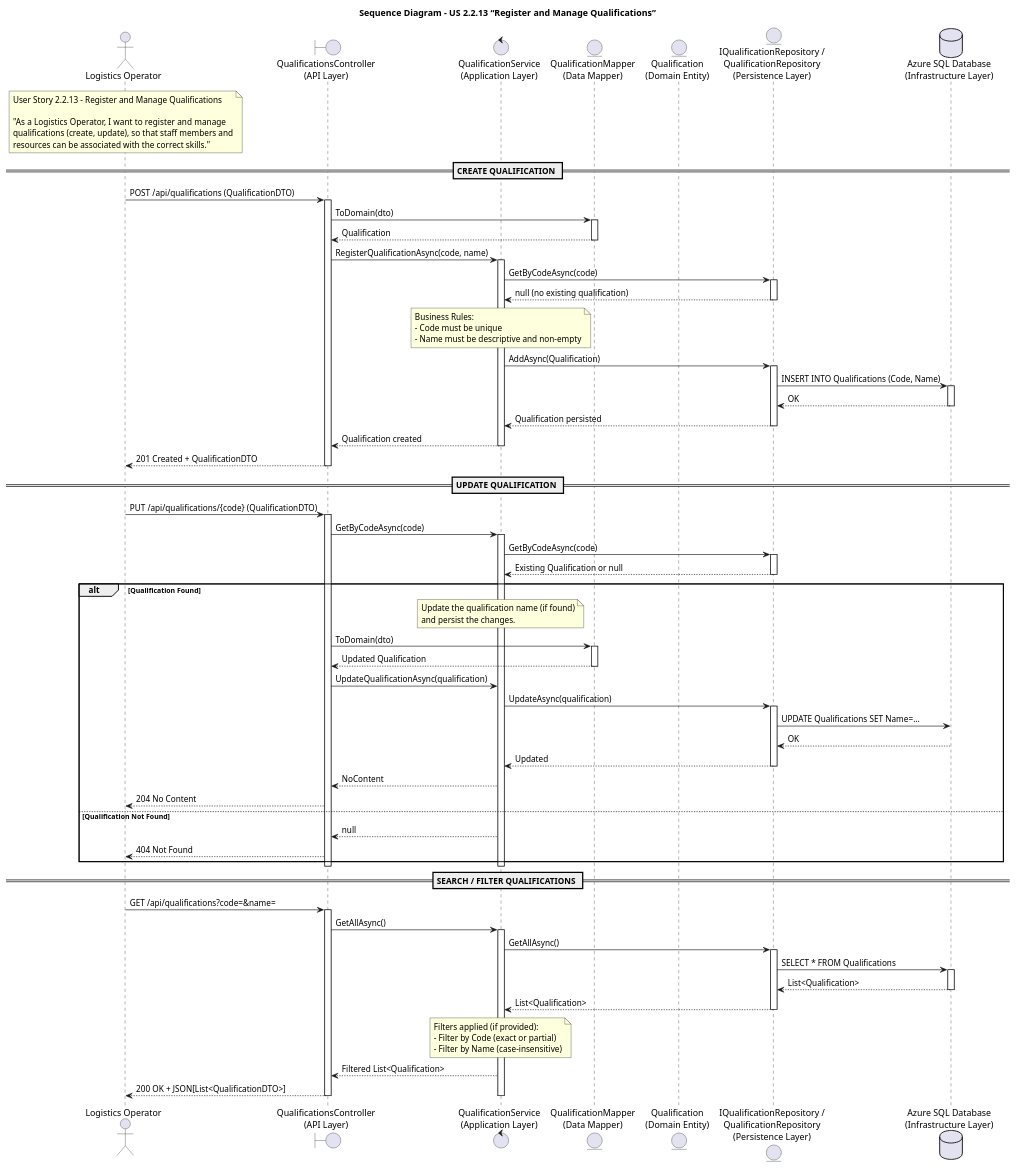
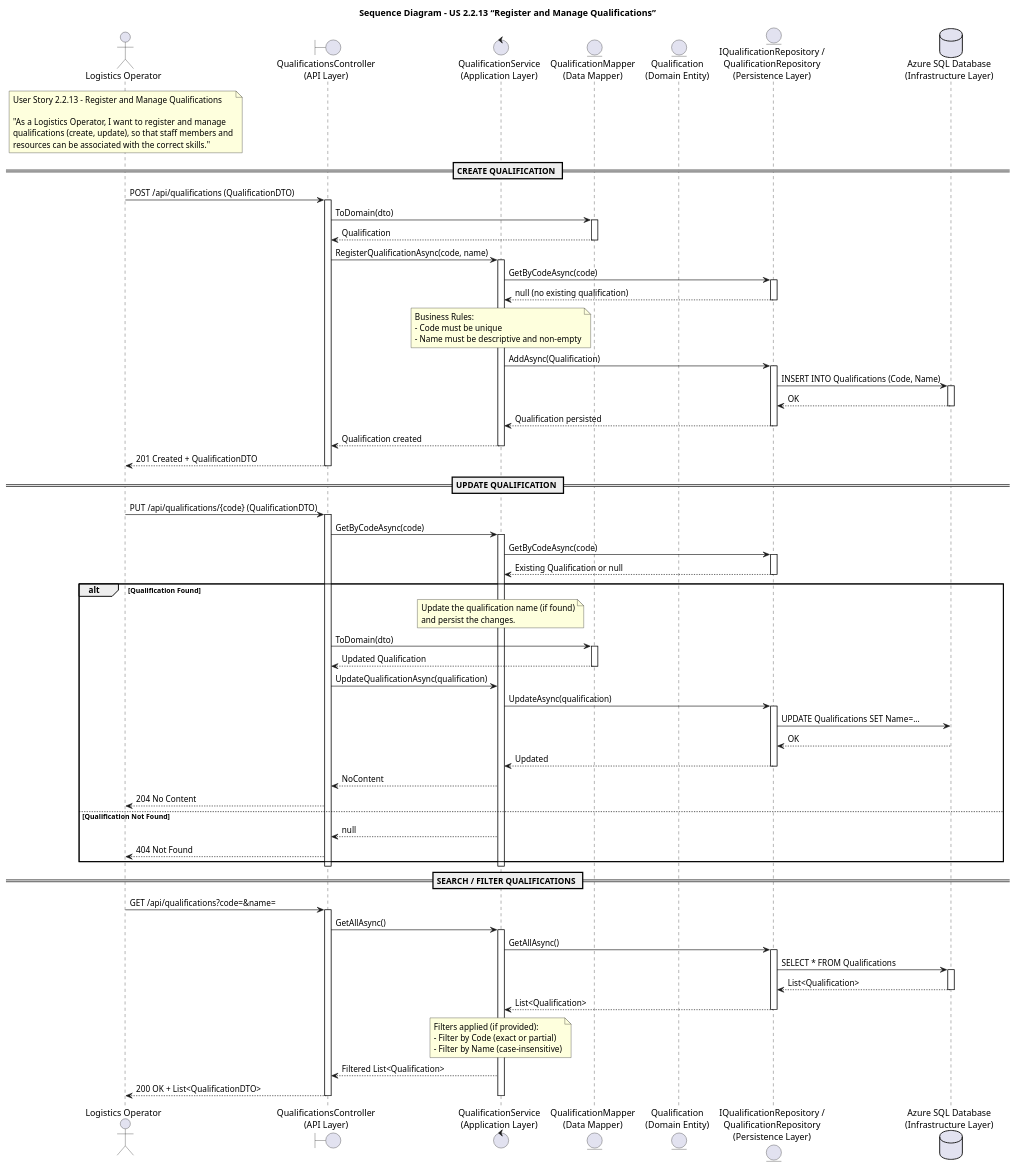
Before and after one commit to igor-coutinho22/Port_Management_System: the diagram in docs/US 2.2.13/Sequence Diagram – US 2.2.13.puml, drawn with PlantUML.

```diff
--- a/docs/US 2.2.13/Sequence Diagram – US 2.2.13.puml
+++ b/docs/US 2.2.13/Sequence Diagram – US 2.2.13.puml
@@ -1,129 +1,129 @@
 @startuml Qualification_Management_SSD
 title Sequence Diagram – US 2.2.13 “Register and Manage Qualifications”
 
 actor "Logistics Operator" as Operator
 boundary "QualificationsController\n(API Layer)" as Controller
 control "QualificationService\n(Application Layer)" as Service
 entity "QualificationMapper\n(Data Mapper)" as Mapper
 entity "Qualification\n(Domain Entity)" as Qualification
 entity "IQualificationRepository /\nQualificationRepository\n(Persistence Layer)" as Repo
 database "Azure SQL Database\n(Infrastructure Layer)" as DB
 
 ' ===========================
 ' CONTEXT
 ' ===========================
 note over Operator
 User Story 2.2.13 – Register and Manage Qualifications
 
 "As a Logistics Operator, I want to register and manage
 qualifications (create, update), so that staff members and
 resources can be associated with the correct skills."
 end note
 
 == CREATE QUALIFICATION ==
 
 Operator -> Controller: POST /api/qualifications (QualificationDTO)
 activate Controller
 
 Controller -> Mapper: ToDomain(dto)
 activate Mapper
 Mapper --> Controller: Qualification
 deactivate Mapper
 
 Controller -> Service: RegisterQualificationAsync(code, name)
 activate Service
 
 Service -> Repo: GetByCodeAsync(code)
 activate Repo
 Repo --> Service: null (no existing qualification)
 deactivate Repo
 
 note over Service
 Business Rules:
 - Code must be unique
 - Name must be descriptive and non-empty
 end note
 
 Service -> Repo: AddAsync(Qualification)
 activate Repo
 Repo -> DB: INSERT INTO Qualifications (Code, Name)
 activate DB
 DB --> Repo: OK
 deactivate DB
 Repo --> Service: Qualification persisted
 deactivate Repo
 
 Service --> Controller: Qualification created
 deactivate Service
 
 Controller --> Operator: 201 Created + QualificationDTO
 deactivate Controller
 
 == UPDATE QUALIFICATION ==
 
 Operator -> Controller: PUT /api/qualifications/{code} (QualificationDTO)
 activate Controller
 
 Controller -> Service: GetByCodeAsync(code)
 activate Service
 Service -> Repo: GetByCodeAsync(code)
 activate Repo
 Repo --> Service: Existing Qualification or null
 deactivate Repo
 
 alt Qualification Found
     note over Service
     Update the qualification name (if found)
     and persist the changes.
     end note
 
     Controller -> Mapper: ToDomain(dto)
     activate Mapper
     Mapper --> Controller: Updated Qualification
     deactivate Mapper
 
     Controller -> Service: UpdateQualificationAsync(qualification)
     Service -> Repo: UpdateAsync(qualification)
     activate Repo
     Repo -> DB: UPDATE Qualifications SET Name=...
     DB --> Repo: OK
     Repo --> Service: Updated
     deactivate Repo
 
     Service --> Controller: NoContent
     Controller --> Operator: 204 No Content
 else Qualification Not Found
     Service --> Controller: null
     Controller --> Operator: 404 Not Found
 end
 deactivate Service
 deactivate Controller
 
 == SEARCH / FILTER QUALIFICATIONS ==
 
 Operator -> Controller: GET /api/qualifications?code=&name=
 activate Controller
 
 Controller -> Service: GetAllAsync()
 activate Service
 Service -> Repo: GetAllAsync()
 activate Repo
 Repo -> DB: SELECT * FROM Qualifications
 activate DB
 DB --> Repo: List<Qualification>
 deactivate DB
 Repo --> Service: List<Qualification>
 deactivate Repo
 
 note over Service
 Filters applied (if provided):
 - Filter by Code (exact or partial)
 - Filter by Name (case-insensitive)
 end note
 
 Service --> Controller: Filtered List<Qualification>
-Controller --> Operator: 200 OK + JSON[List<QualificationDTO>]
+Controller --> Operator: 200 OK + List<QualificationDTO>
 deactivate Service
 deactivate Controller
 
 @enduml
```
